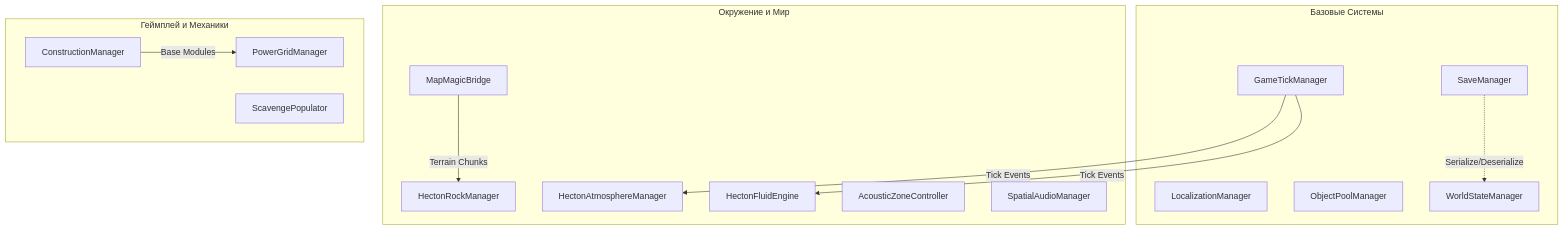
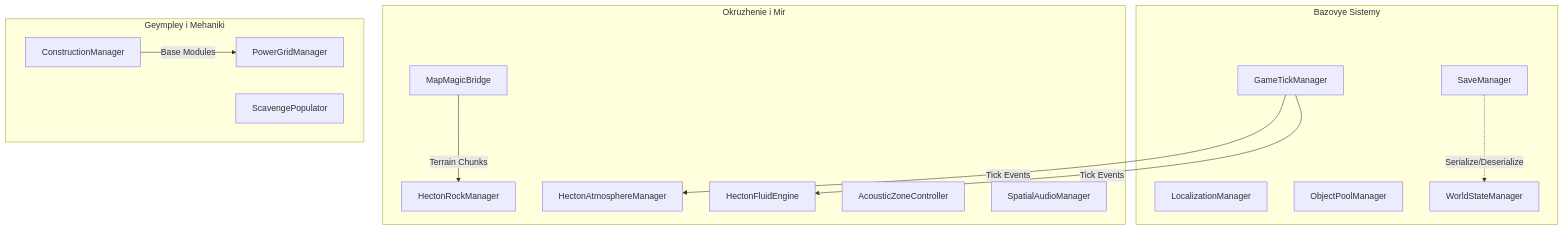
Before and after one commit to marko1olo/Hecton8: the diagram in Assets/_Project/Scripts/README.md, drawn with Mermaid. The commit also changed other lines of this file and 1583 other files, not shown here.

````diff
--- a/Assets/_Project/Scripts/README.md
+++ b/Assets/_Project/Scripts/README.md
@@ -7,31 +7,31 @@
 ```mermaid
 graph TD
-    subgraph Core Systems [Базовые Системы]
+    subgraph Core Systems [Bazovye Sistemy]
         GTM[GameTickManager]
         SM[SaveManager]
         LM[LocalizationManager]
         OM[ObjectPoolManager]
         WSM[WorldStateManager]
     end
 
-    subgraph Environment & World [Окружение и Мир]
+    subgraph Environment & World [Okruzhenie i Mir]
         HAM[HectonAtmosphereManager]
         HFE[HectonFluidEngine]
         HRM[HectonRockManager]
         MMB[MapMagicBridge]
         AZC[AcousticZoneController]
         SAM[SpatialAudioManager]
     end
 
-    subgraph Gameplay & Mechanics [Геймплей и Механики]
+    subgraph Gameplay & Mechanics [Geympley i Mehaniki]
         CM[ConstructionManager]
         PGM[PowerGridManager]
         SP[ScavengePopulator]
     end
 
     GTM --> |Tick Events| HAM
     GTM --> |Tick Events| HFE
     SM -.-> |Serialize/Deserialize| WSM
     MMB --> |Terrain Chunks| HRM
     CM --> |Base Modules| PGM
 ```
````
